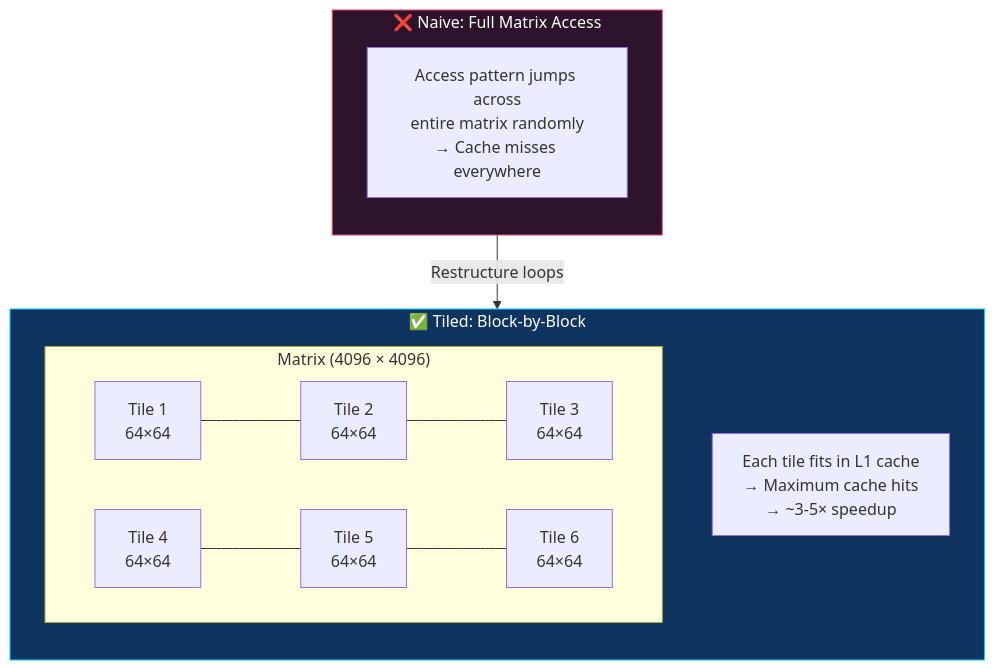
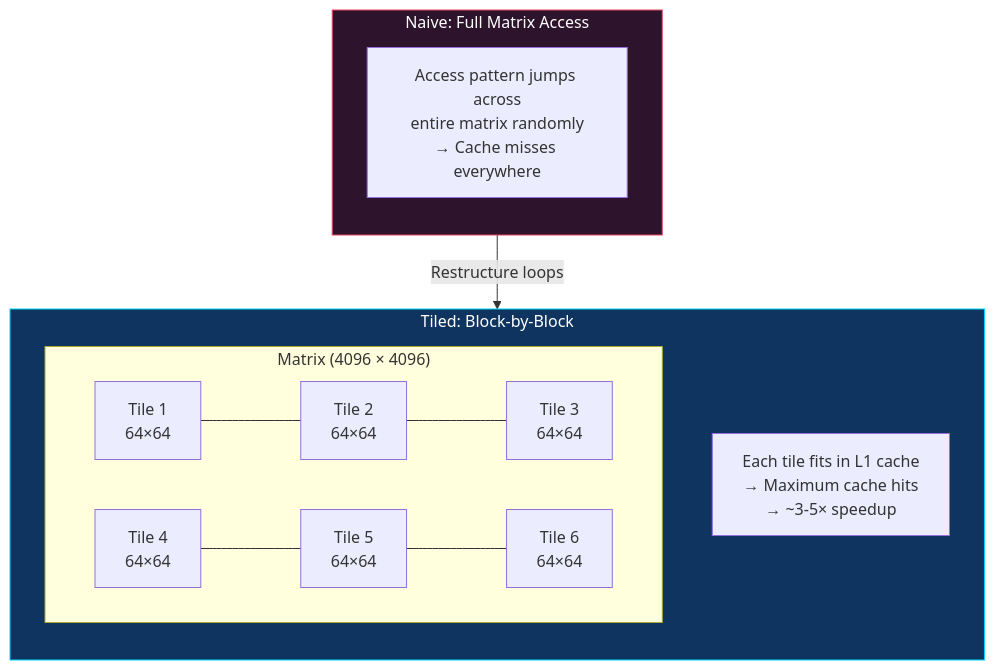
One commit to ch09/Low_Latency_Inference_optimization_LLM-LL_LLM- changed diagram 19 of 25 in docs/project_documentation.md. Above: the diagram before and after it, drawn with Mermaid. The commit also changed other lines of this file and 1 other file, not shown here.

````diff
--- a/docs/project_documentation.md
+++ b/docs/project_documentation.md
@@ -642,21 +642,21 @@
 ```mermaid
 flowchart TB
-    subgraph Naive["❌ Naive: Full Matrix Access"]
+    subgraph Naive["Naive: Full Matrix Access"]
         direction TB
         NM["Access pattern jumps across<br/>entire matrix randomly<br/>→ Cache misses everywhere"]
     end
 
-    subgraph Tiled["✅ Tiled: Block-by-Block"]
+    subgraph Tiled["Tiled: Block-by-Block"]
         direction TB
         subgraph Matrix["Matrix (4096 × 4096)"]
             T1["Tile 1<br/>64×64"] --- T2["Tile 2<br/>64×64"] --- T3["Tile 3<br/>64×64"]
             T4["Tile 4<br/>64×64"] --- T5["Tile 5<br/>64×64"] --- T6["Tile 6<br/>64×64"]
         end
         TM["Each tile fits in L1 cache<br/>→ Maximum cache hits<br/>→ ~3-5× speedup"]
     end
 
     Naive -->|"Restructure loops"| Tiled
 
     style Naive fill:#2d142c,stroke:#e94560,color:#fff
     style Tiled fill:#0f3460,stroke:#00d4ff,color:#fff
 ```
````
